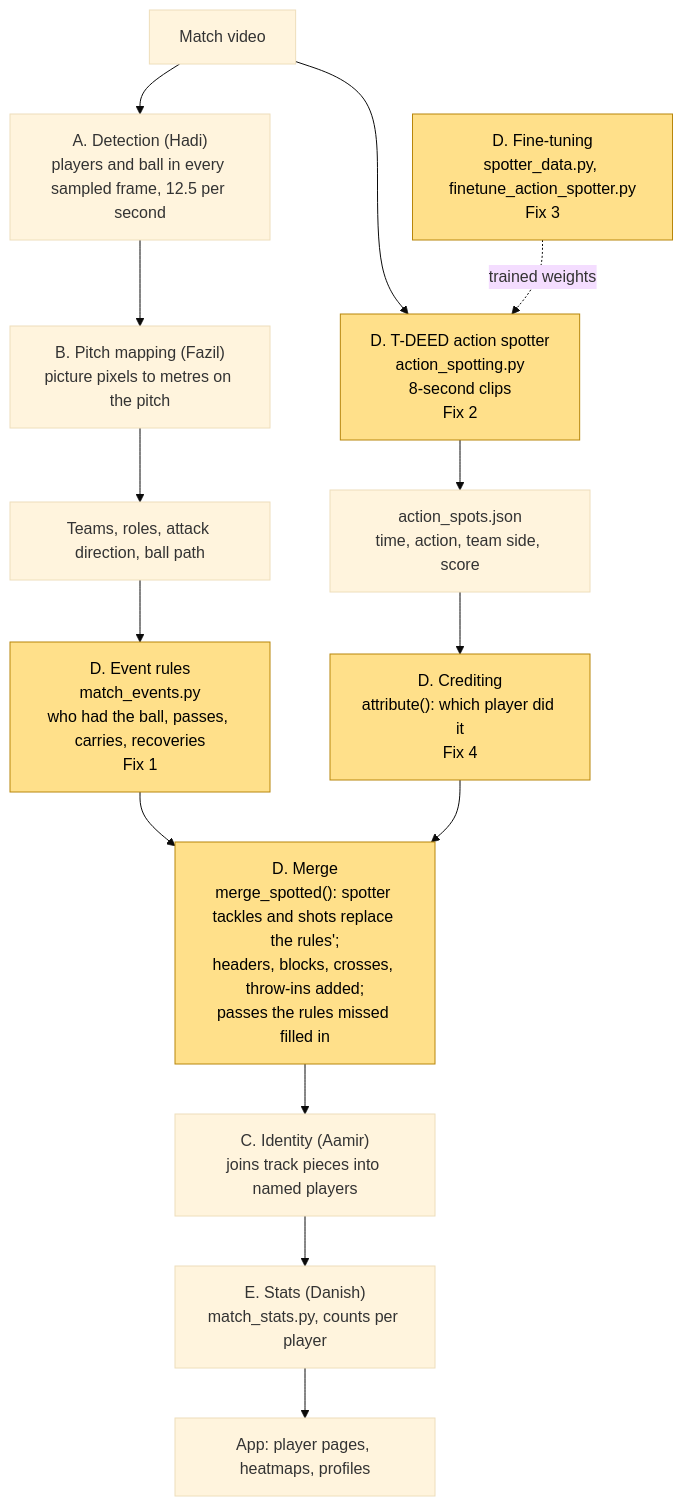
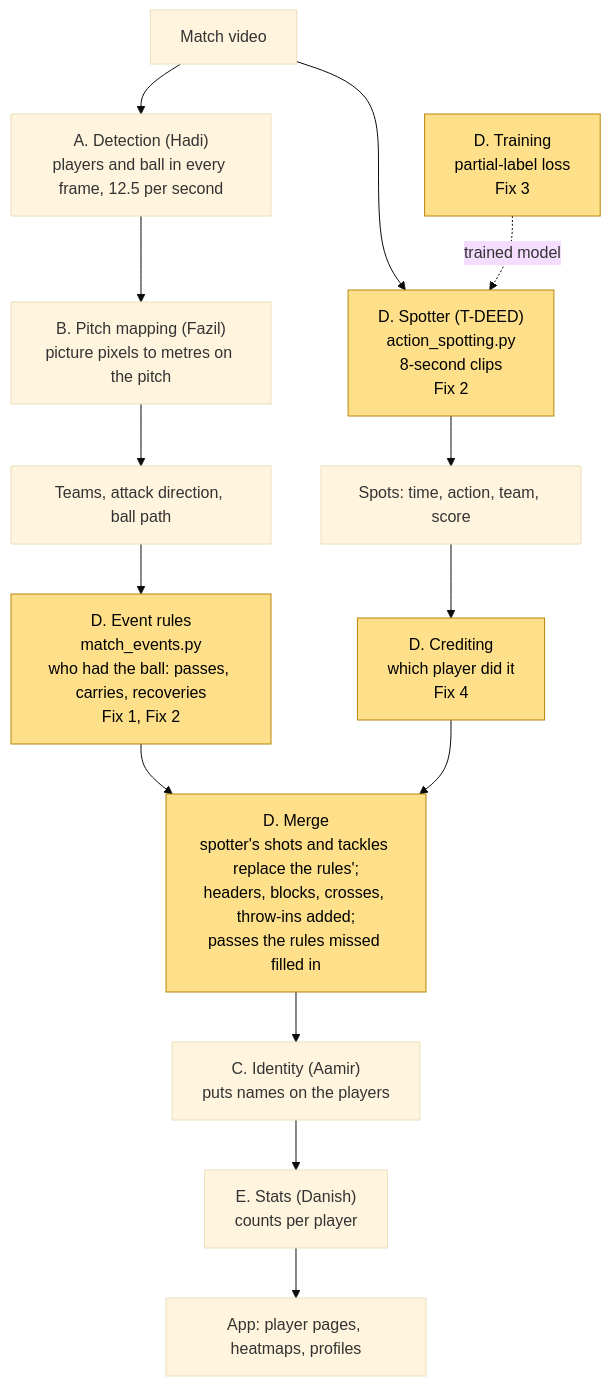
The first of 3 diagrams in README.md (havochadi/AIFootballProfiler), drawn with Mermaid (base theme) before and after one commit. The commit also changed other lines of this file, not shown here.

````diff
--- a/README.md
+++ b/README.md
@@ -29,19 +44,19 @@
 ```mermaid
 flowchart TD
-    V["Match video"] --> A["A. Detection (Hadi)<br>players and ball in every sampled frame, 12.5 per second"]
+    V["Match video"] --> A["A. Detection (Hadi)<br>players and ball in every frame, 12.5 per second"]
     A --> B["B. Pitch mapping (Fazil)<br>picture pixels to metres on the pitch"]
-    B --> T["Teams, roles, attack direction, ball path"]
-    T --> R["D. Event rules<br>match_events.py<br>who had the ball, passes, carries, recoveries<br>Fix 1"]
-    V --> S["D. T-DEED action spotter<br>action_spotting.py<br>8-second clips<br>Fix 2"]
-    W["D. Fine-tuning<br>spotter_data.py, finetune_action_spotter.py<br>Fix 3"] -. trained weights .-> S
-    S --> J["action_spots.json<br>time, action, team side, score"]
-    J --> K["D. Crediting<br>attribute(): which player did it<br>Fix 4"]
-    R --> M["D. Merge<br>merge_spotted(): spotter tackles and shots replace the rules';<br>headers, blocks, crosses, throw-ins added;<br>passes the rules missed filled in"]
+    B --> T["Teams, attack direction, ball path"]
+    T --> R["D. Event rules<br>match_events.py<br>who had the ball: passes, carries, recoveries<br>Fix 1, Fix 2"]
+    V --> S["D. Spotter (T-DEED)<br>action_spotting.py<br>8-second clips<br>Fix 2"]
+    W["D. Training<br>partial-label loss<br>Fix 3"] -. trained model .-> S
+    S --> J["Spots: time, action, team, score"]
+    J --> K["D. Crediting<br>which player did it<br>Fix 4"]
+    R --> M["D. Merge<br>spotter's shots and tackles replace the rules';<br>headers, blocks, crosses, throw-ins added;<br>passes the rules missed filled in"]
     K --> M
-    M --> C["C. Identity (Aamir)<br>joins track pieces into named players"]
-    C --> E["E. Stats (Danish)<br>match_stats.py, counts per player"]
+    M --> C["C. Identity (Aamir)<br>puts names on the players"]
+    C --> E["E. Stats (Danish)<br>counts per player"]
     E --> APP["App: player pages, heatmaps, profiles"]
 
     classDef groupD fill:#ffe08a,stroke:#b8860b,color:#000
     class R,S,W,K,M groupD
 ```
````
